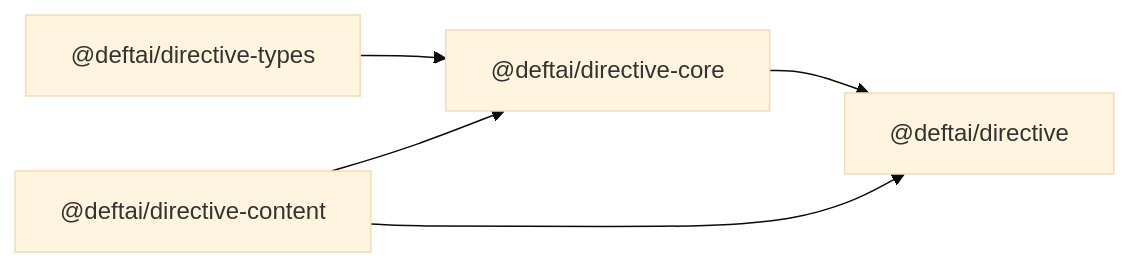
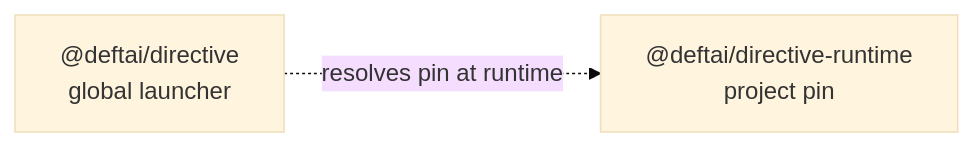
Before and after one commit to deftai/directive: the fourth of 8 diagrams in docs/ARCHITECTURE.md, drawn with Mermaid (base theme). The commit also changed other lines of this file and 8 other files, not shown here.

````diff
--- a/docs/ARCHITECTURE.md
+++ b/docs/ARCHITECTURE.md
@@ -131,11 +124,6 @@
 ```mermaid
 flowchart LR
-    Types["@deftai/directive-types"]
-    Content["@deftai/directive-content"]
-    Core["@deftai/directive-core"]
-    Cli["@deftai/directive"]
-    Types --> Core
-    Content --> Core
-    Content --> Cli
-    Core --> Cli
+    Launcher["@deftai/directive<br/>global launcher"]
+    Runtime["@deftai/directive-runtime<br/>project pin"]
+    Launcher -.->|"resolves pin at runtime"| Runtime
 ```
````
